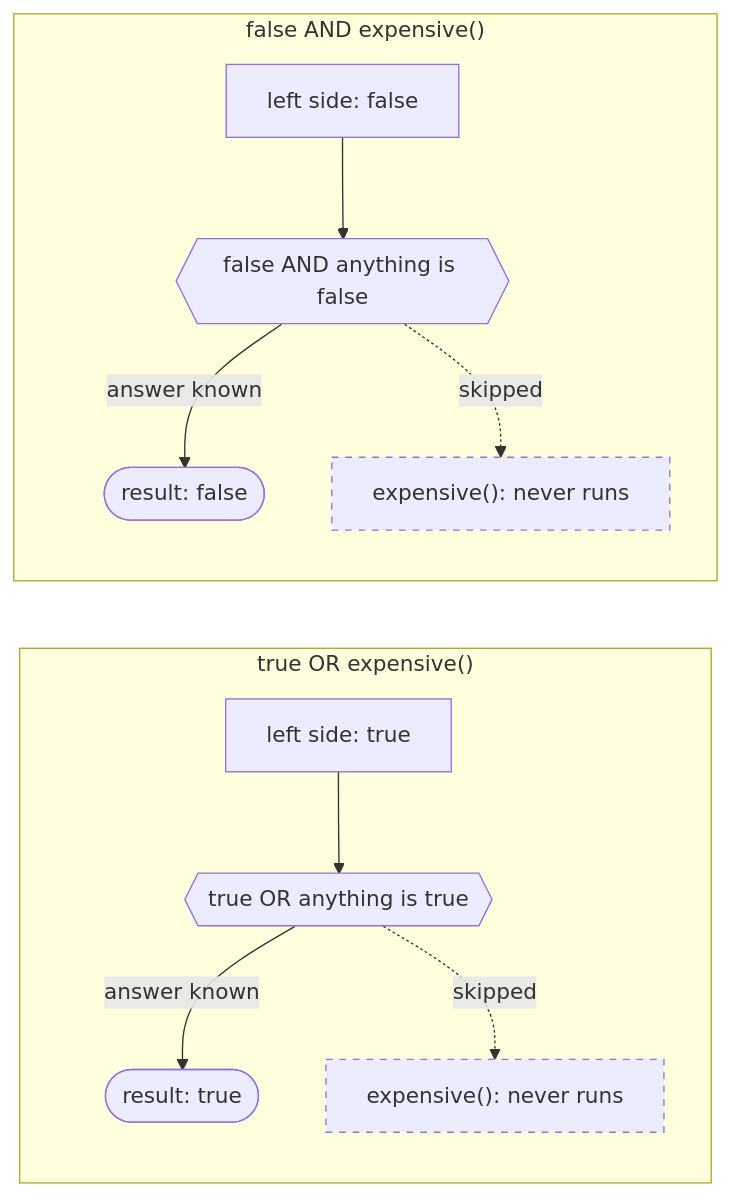
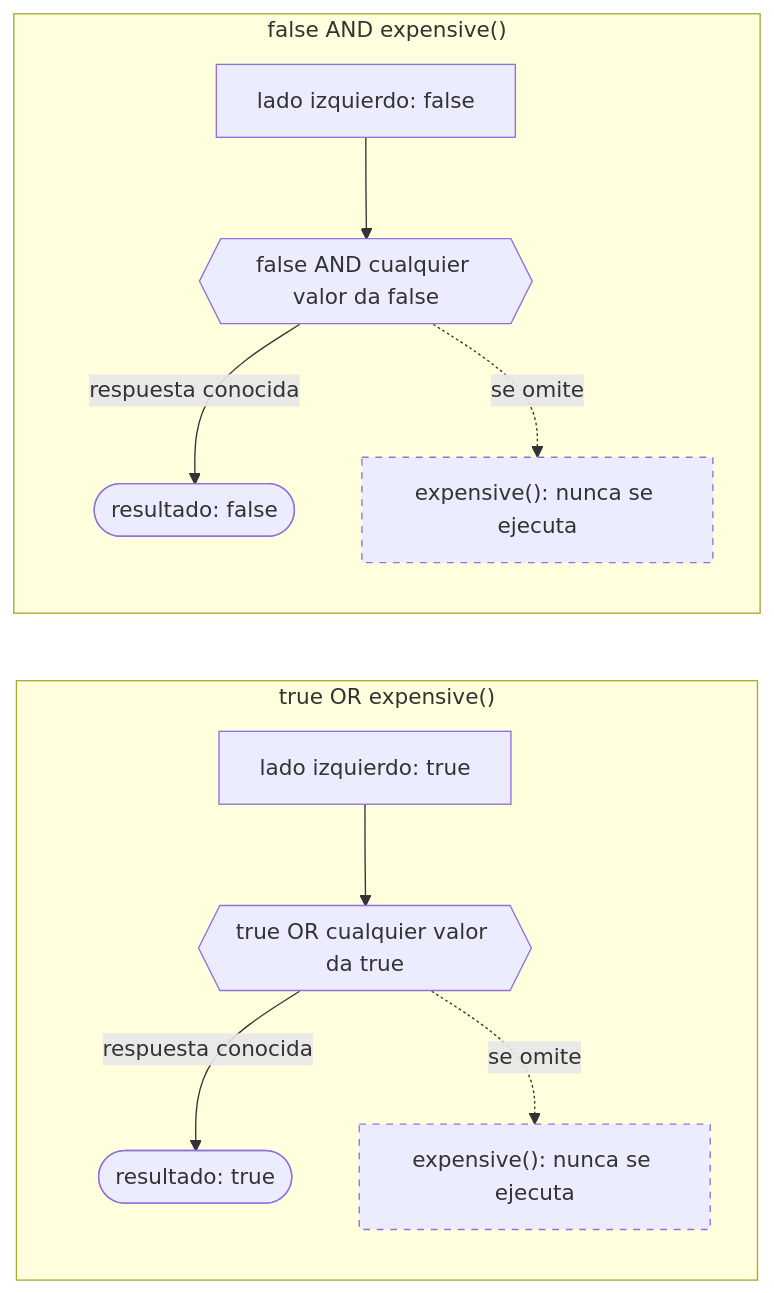
Before and after one commit to dullroar/aprende-a-programar-como-un-bicho-raro: the diagram in lessons/cs-source/concepts/short-circuit-evaluation.md, drawn with Mermaid. The commit also changed other lines of this file and 42 other files, not shown here.

````diff
--- a/lessons/cs-source/concepts/short-circuit-evaluation.md
+++ b/lessons/cs-source/concepts/short-circuit-evaluation.md
@@ -8,20 +8,20 @@
 ```mermaid
 flowchart TB
-    accTitle: Short-circuiting is control flow that can suppress work and side effects
-    accDescr: Two panels. In the first, false AND expensive() evaluates the left side, which is false. A false left side makes AND false whatever the right side is, so the result is false and the call to expensive() is skipped. In the second, true OR expensive() evaluates the left side, which is true. A true left side makes OR true whatever the right side is, so the result is true and the call to expensive() is skipped. In both panels the skipped call is drawn with a dashed border and an arrow that is never followed.
+    accTitle: El cortocircuito es un flujo de control que puede omitir trabajo y efectos secundarios
+    accDescr: Dos paneles. En el primero, false AND expensive() evalúa el lado izquierdo, que es false. Si el lado izquierdo es false, el resultado de AND es false sea cual sea el lado derecho. El resultado es false y no se llama a expensive(). En el segundo, true OR expensive() evalúa el lado izquierdo, que es true. Si el lado izquierdo es true, el resultado de OR es true sea cual sea el lado derecho. El resultado es true y no se llama a expensive(). En ambos paneles, la llamada omitida tiene un borde discontinuo y una flecha que nunca se sigue.
     subgraph P1["false AND expensive()"]
         direction TB
-        l1["left side: false"] --> d1{{"false AND anything is false"}}
-        d1 -->|"answer known"| r1(["result: false"])
-        d1 -.->|"skipped"| x1["expensive(): never runs"]
+        l1["lado izquierdo: false"] --> d1{{"false AND cualquier valor da false"}}
+        d1 -->|"respuesta conocida"| r1(["resultado: false"])
+        d1 -.->|"se omite"| x1["expensive(): nunca se ejecuta"]
     end
     subgraph P2["true OR expensive()"]
         direction TB
-        l2["left side: true"] --> d2{{"true OR anything is true"}}
-        d2 -->|"answer known"| r2(["result: true"])
-        d2 -.->|"skipped"| x2["expensive(): never runs"]
+        l2["lado izquierdo: true"] --> d2{{"true OR cualquier valor da true"}}
+        d2 -->|"respuesta conocida"| r2(["resultado: true"])
+        d2 -.->|"se omite"| x2["expensive(): nunca se ejecuta"]
     end
     P1 ~~~ P2
     classDef skip stroke-dasharray: 5 5
     class x1,x2 skip
 ```
````
